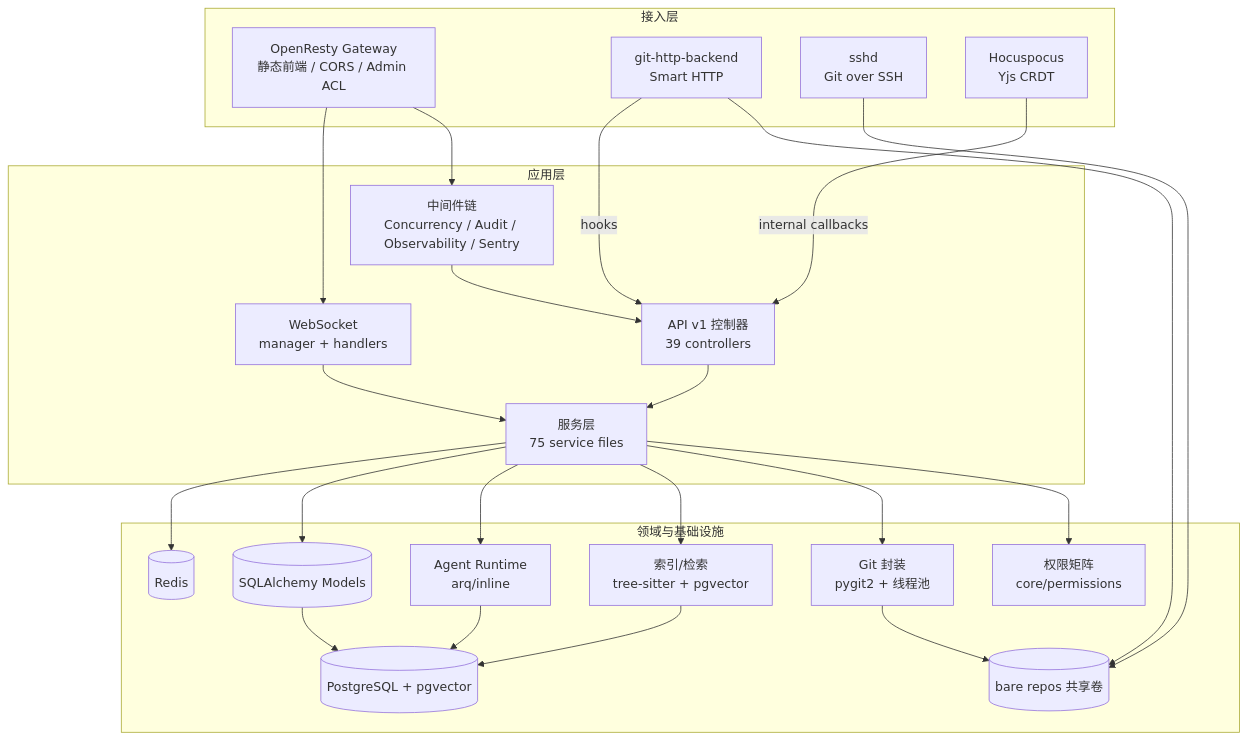
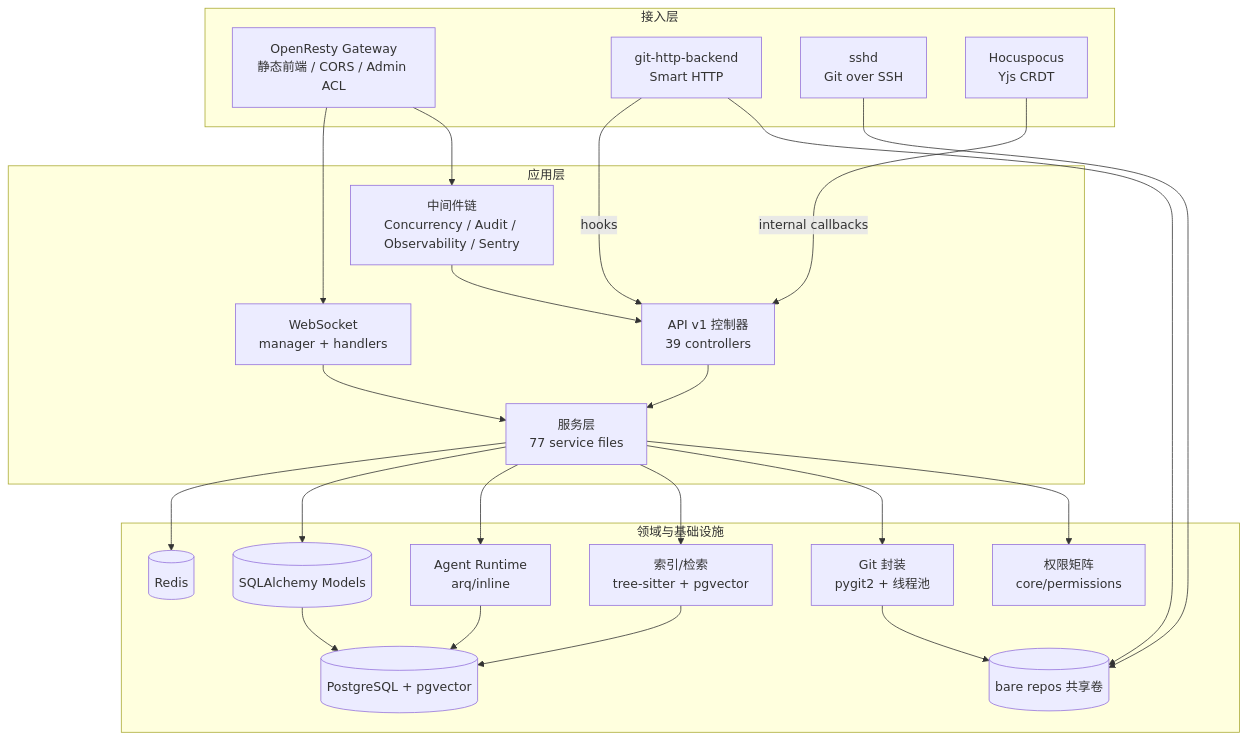
The first of 4 diagrams in docs/code-wiki/02-architecture.md (Moribund233/Kustos), drawn with Mermaid before and after one commit. The commit also changed other lines of this file and 11 other files, not shown here.

````diff
--- a/docs/code-wiki/02-architecture.md
+++ b/docs/code-wiki/02-architecture.md
@@ -9,41 +9,41 @@
 ```mermaid
 flowchart TB
     subgraph 接入层
         GW[OpenResty Gateway<br/>静态前端 / CORS / Admin ACL]
         CGI[git-http-backend<br/>Smart HTTP]
         SSH[sshd<br/>Git over SSH]
         COLLAB[Hocuspocus<br/>Yjs CRDT]
     end
 
     subgraph 应用层
         MW[中间件链<br/>Concurrency / Audit / Observability / Sentry]
         API[API v1 控制器<br/>39 controllers]
         WS[WebSocket<br/>manager + handlers]
-        SVC[服务层<br/>75 service files]
+        SVC[服务层<br/>77 service files]
     end
 
     subgraph 领域与基础设施
         PERM[权限矩阵<br/>core/permissions]
         GITU[Git 封装<br/>pygit2 + 线程池]
         IDX[索引/检索<br/>tree-sitter + pgvector]
         AG[Agent Runtime<br/>arq/inline]
         MODELS[(SQLAlchemy Models)]
         PG[(PostgreSQL + pgvector)]
         RD[(Redis)]
         REPO[(bare repos 共享卷)]
     end
 
     GW --> MW --> API --> SVC
     GW --> WS
     WS --> SVC
     SVC --> PERM
     SVC --> GITU --> REPO
     SVC --> IDX --> PG
     SVC --> AG --> PG
     SVC --> MODELS --> PG
     SVC --> RD
     CGI --> REPO
     SSH --> REPO
     CGI -->|hooks| API
     COLLAB -->|internal callbacks| API
 ```
````
